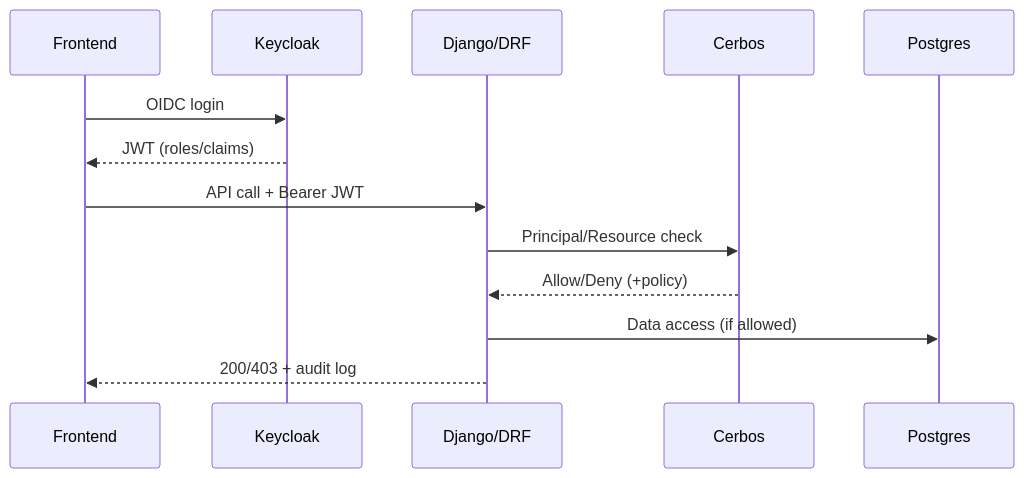
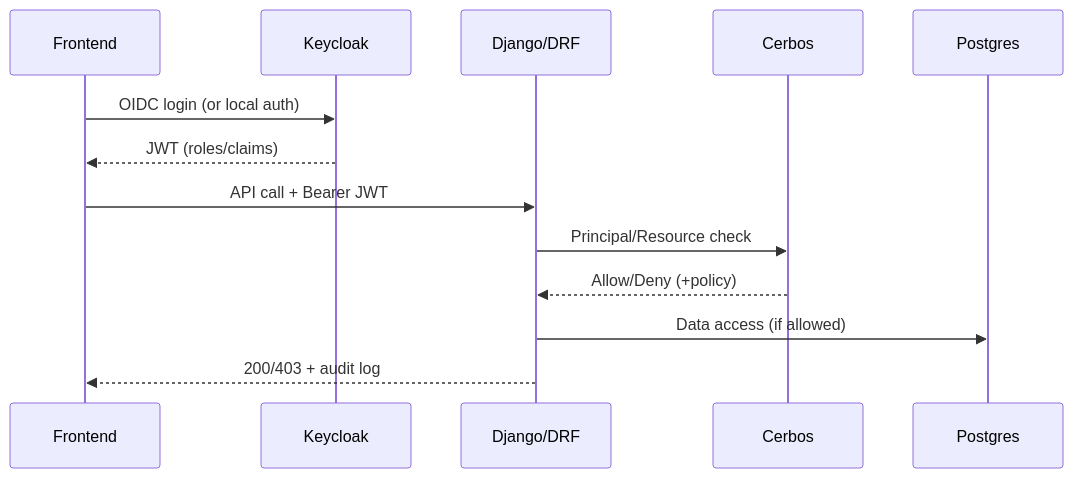
The third of 3 diagrams in README.md (mjtechguy/django-boilerplate), drawn with Mermaid before and after one commit. The commit also changed other lines of this file, not shown here.

````diff
--- a/README.md
+++ b/README.md
@@ -446,15 +699,16 @@
 ```mermaid
 sequenceDiagram
   participant FE as Frontend
   participant KC as Keycloak
   participant API as Django/DRF
   participant CER as Cerbos
   participant DB as Postgres
-  FE->>KC: OIDC login
+
+  FE->>KC: OIDC login (or local auth)
   KC-->>FE: JWT (roles/claims)
   FE->>API: API call + Bearer JWT
   API->>CER: Principal/Resource check
   CER-->>API: Allow/Deny (+policy)
   API->>DB: Data access (if allowed)
   API-->>FE: 200/403 + audit log
 ```
````
